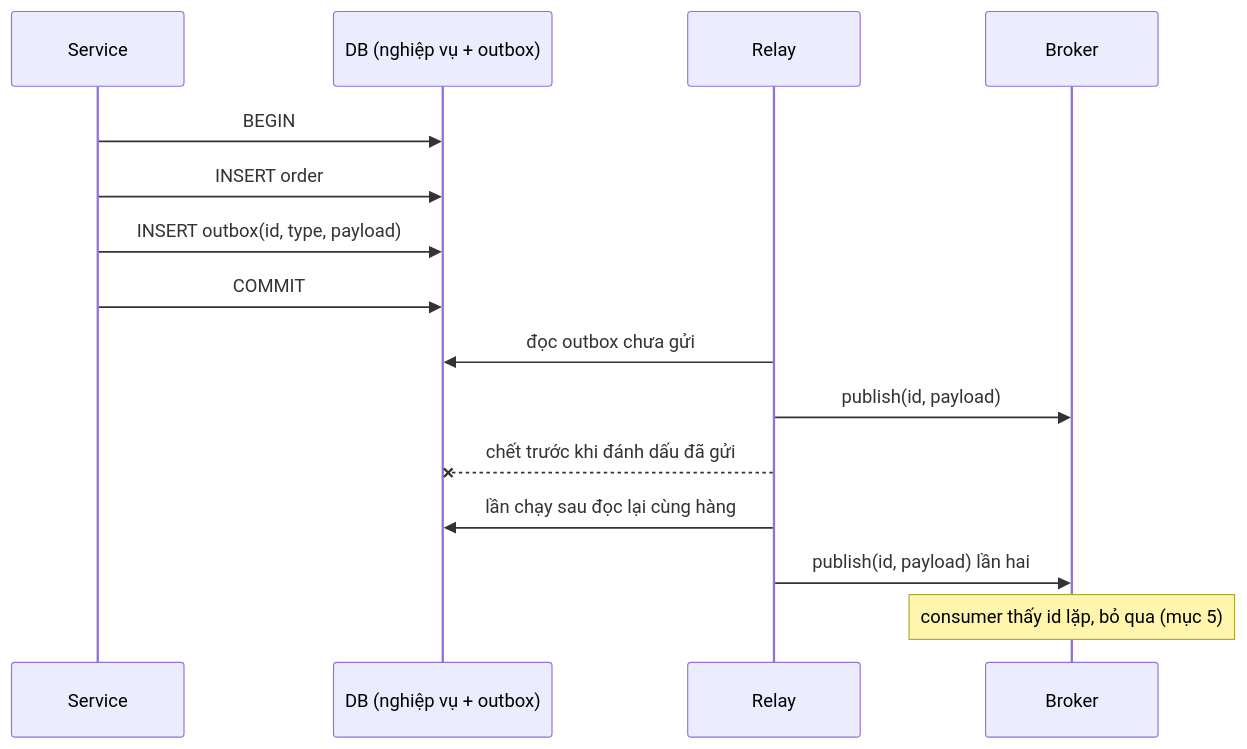
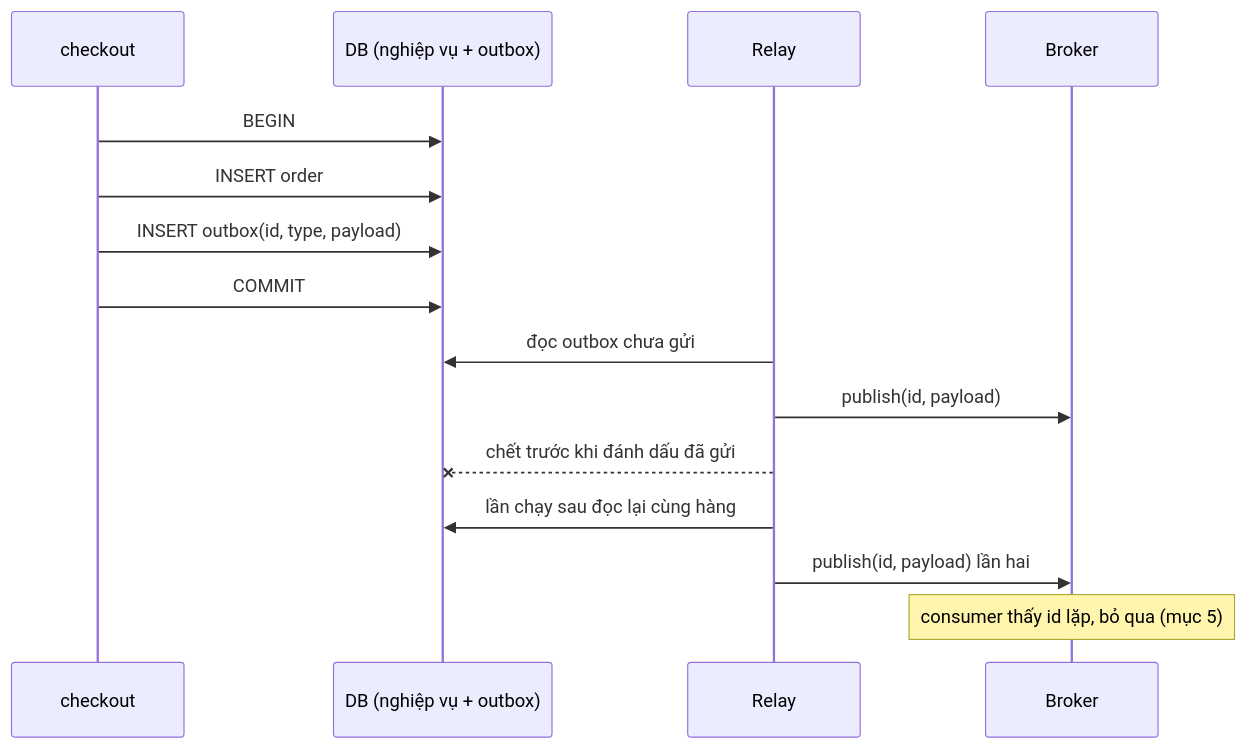
One commit to pirumu/irust changed the fifth of 5 diagrams in docs/12-he-thong-du-lieu/12-dung-dan-va-tich-hop-du-lieu.md. Above: the diagram before and after it, drawn with Mermaid. The commit also changed other lines of this file and 27 other files, not shown here.

````diff
--- a/docs/12-he-thong-du-lieu/12-dung-dan-va-tich-hop-du-lieu.md
+++ b/docs/12-he-thong-du-lieu/12-dung-dan-va-tich-hop-du-lieu.md
@@ -320,17 +402,17 @@
 ```mermaid
 sequenceDiagram
-  participant S as Service
+  participant S as checkout
   participant DB as DB (nghiệp vụ + outbox)
   participant R as Relay
   participant B as Broker
   S->>DB: BEGIN
   S->>DB: INSERT order
   S->>DB: INSERT outbox(id, type, payload)
   S->>DB: COMMIT
   R->>DB: đọc outbox chưa gửi
   R->>B: publish(id, payload)
   R--xDB: chết trước khi đánh dấu đã gửi
   R->>DB: lần chạy sau đọc lại cùng hàng
   R->>B: publish(id, payload) lần hai
   Note over B: consumer thấy id lặp, bỏ qua (mục 5)
 ```
````
